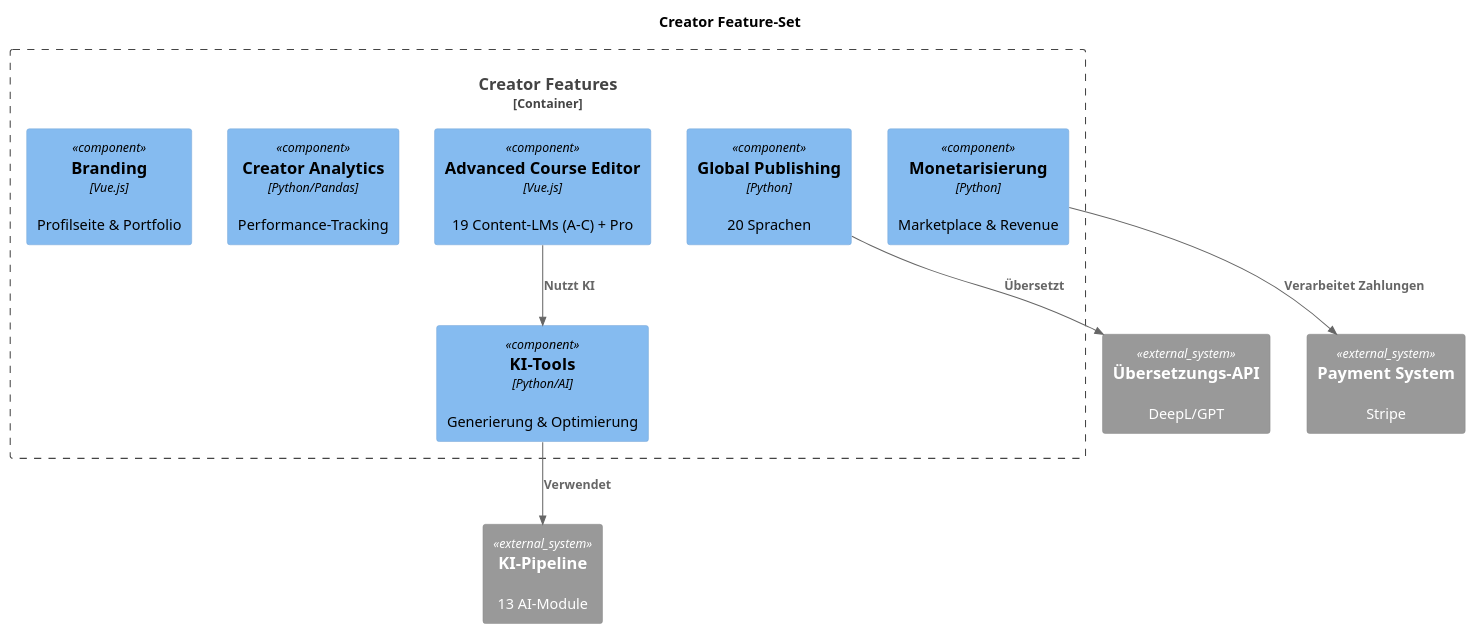
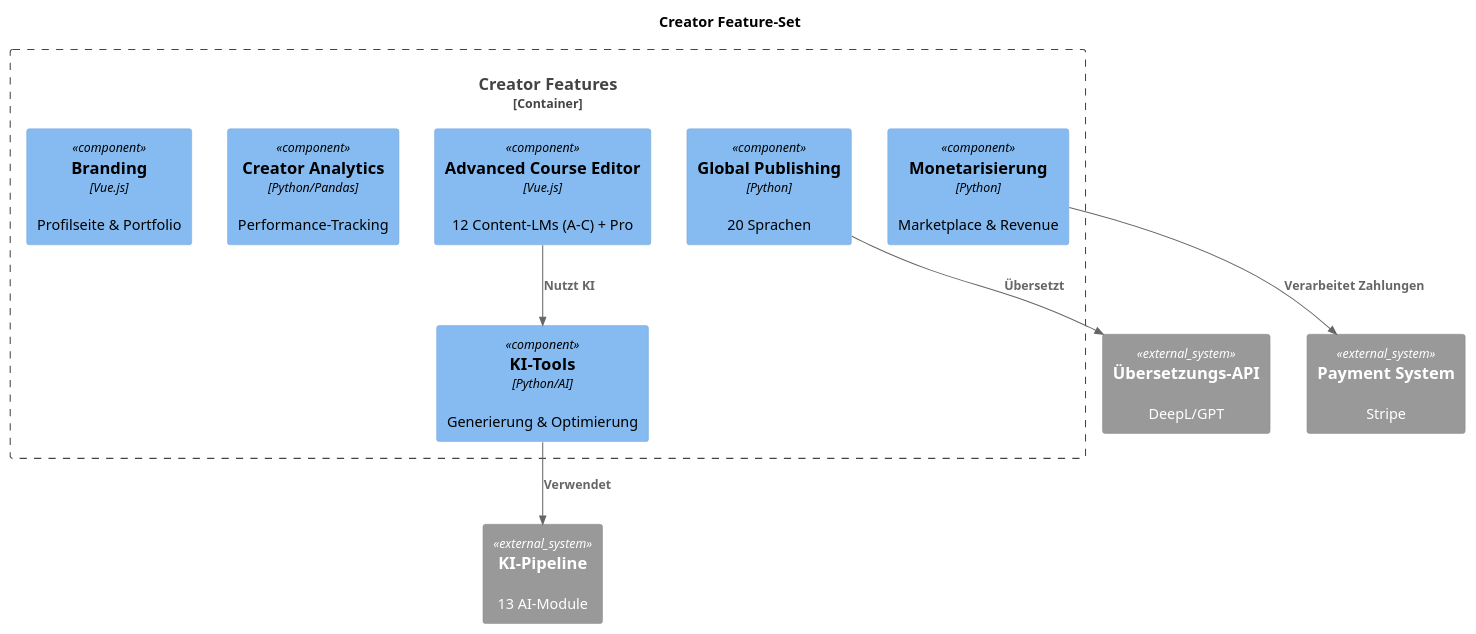
Before and after one commit to flokflok1/lernseite: the sixth of 16 diagrams in LernsystemX-Doku/02_Business/02_Creator-Modell.md, drawn with PlantUML. The commit also changed other lines of this file and 1490 other files, not shown here.

````diff
--- a/LernsystemX-Doku/02_Business/02_Creator-Modell.md
+++ b/LernsystemX-Doku/02_Business/02_Creator-Modell.md
@@ -329,26 +329,26 @@
 ```plantuml
 @startuml
 !include <C4/C4_Component>
 
 title Creator Feature-Set
 
 Container_Boundary(creator_features, "Creator Features") {
-  Component(course_editor, "Advanced Course Editor", "Vue.js", "19 Content-LMs (A-C) + Pro")
+  Component(course_editor, "Advanced Course Editor", "Vue.js", "12 Content-LMs (A-C) + Pro")
   Component(ai_tools, "KI-Tools", "Python/AI", "Generierung & Optimierung")
   Component(global_pub, "Global Publishing", "Python", "20 Sprachen")
   Component(monetization, "Monetarisierung", "Python", "Marketplace & Revenue")
   Component(analytics, "Creator Analytics", "Python/Pandas", "Performance-Tracking")
   Component(branding, "Branding", "Vue.js", "Profilseite & Portfolio")
 }
 
 System_Ext(ai_pipeline, "KI-Pipeline", "13 AI-Module")
 System_Ext(translation_api, "Übersetzungs-API", "DeepL/GPT")
 System_Ext(payment_system, "Payment System", "Stripe")
 
 Rel(course_editor, ai_tools, "Nutzt KI")
 Rel(ai_tools, ai_pipeline, "Verwendet")
 Rel(global_pub, translation_api, "Übersetzt")
 Rel(monetization, payment_system, "Verarbeitet Zahlungen")
 
 @enduml
 ```
````
